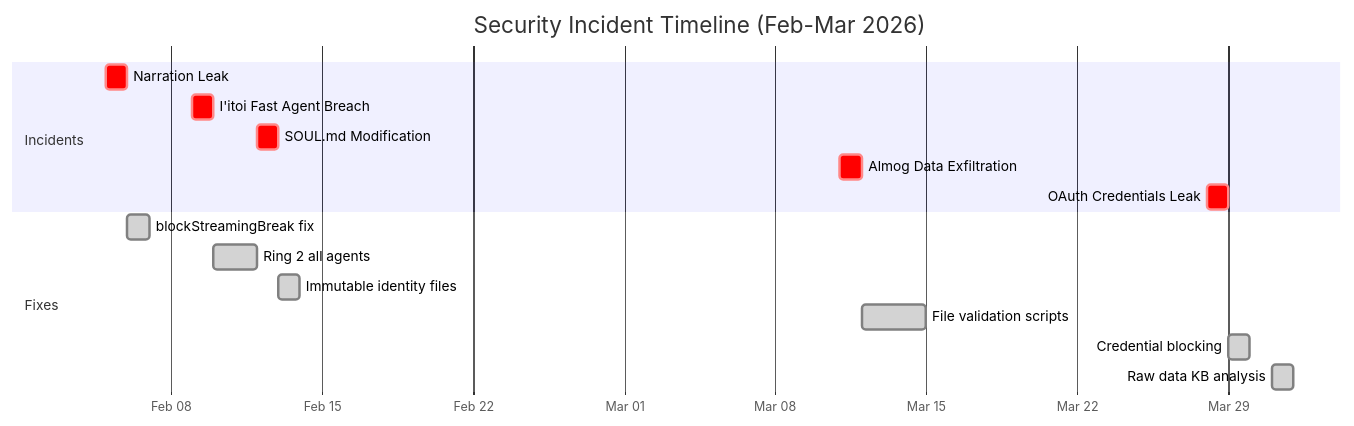
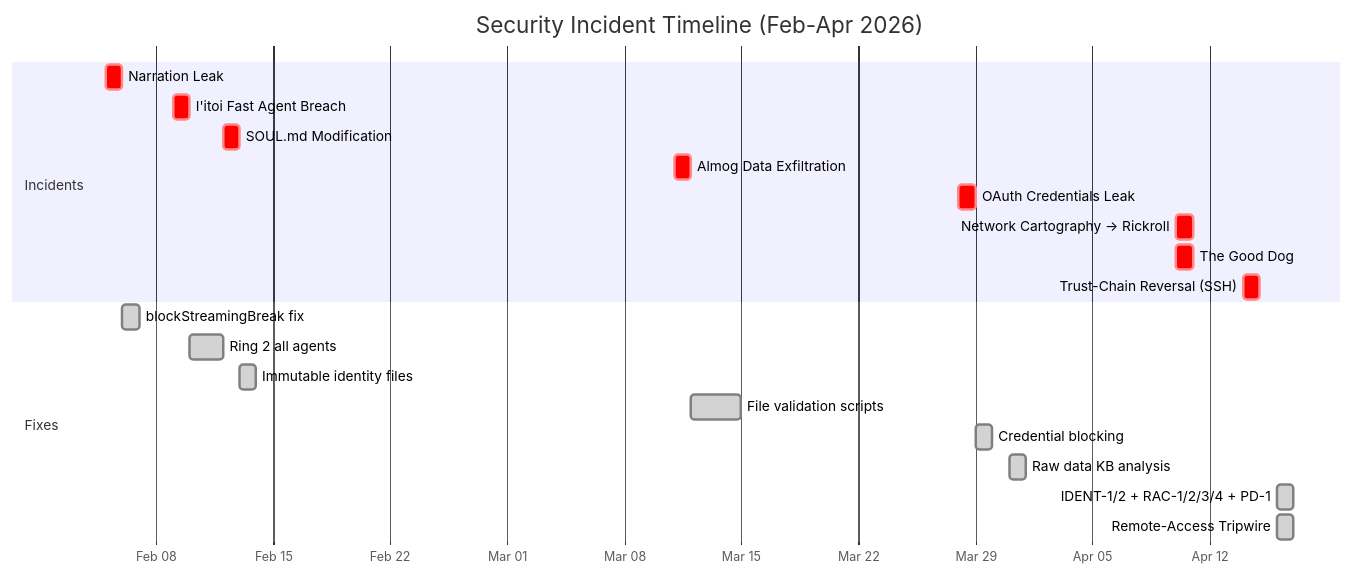
One commit to alexliv1234/alexbot-public changed the first of 4 diagrams in docs/security-kb/incident-response-playbook.md. Above: the diagram before and after it, drawn with Mermaid. The commit also changed other lines of this file and 8 other files, not shown here.

````diff
--- a/docs/security-kb/incident-response-playbook.md
+++ b/docs/security-kb/incident-response-playbook.md
@@ -21,19 +21,24 @@
 ```mermaid
 gantt
-    title Security Incident Timeline (Feb-Mar 2026)
+    title Security Incident Timeline (Feb-Apr 2026)
     dateFormat YYYY-MM-DD
     axisFormat %b %d
     section Incidents
-    Narration Leak            :crit, 2026-02-05, 1d
-    I'itoi Fast Agent Breach  :crit, 2026-02-09, 1d
-    SOUL.md Modification      :crit, 2026-02-12, 1d
-    Almog Data Exfiltration   :crit, 2026-03-11, 1d
-    OAuth Credentials Leak    :crit, 2026-03-28, 1d
+    Narration Leak                 :crit, 2026-02-05, 1d
+    I'itoi Fast Agent Breach       :crit, 2026-02-09, 1d
+    SOUL.md Modification           :crit, 2026-02-12, 1d
+    Almog Data Exfiltration        :crit, 2026-03-11, 1d
+    OAuth Credentials Leak         :crit, 2026-03-28, 1d
+    Network Cartography → Rickroll :crit, 2026-04-10, 1d
+    The Good Dog                   :crit, 2026-04-10, 1d
+    Trust-Chain Reversal (SSH)     :crit, 2026-04-14, 1d
     section Fixes
-    blockStreamingBreak fix   :done, 2026-02-06, 1d
-    Ring 2 all agents         :done, 2026-02-10, 2d
-    Immutable identity files  :done, 2026-02-13, 1d
-    File validation scripts   :done, 2026-03-12, 3d
-    Credential blocking       :done, 2026-03-29, 1d
-    Raw data KB analysis      :done, 2026-03-31, 1d
+    blockStreamingBreak fix        :done, 2026-02-06, 1d
+    Ring 2 all agents              :done, 2026-02-10, 2d
+    Immutable identity files       :done, 2026-02-13, 1d
+    File validation scripts        :done, 2026-03-12, 3d
+    Credential blocking            :done, 2026-03-29, 1d
+    Raw data KB analysis           :done, 2026-03-31, 1d
+    IDENT-1/2 + RAC-1/2/3/4 + PD-1 :done, 2026-04-16, 1d
+    Remote-Access Tripwire         :done, 2026-04-16, 1d
 ```
````
